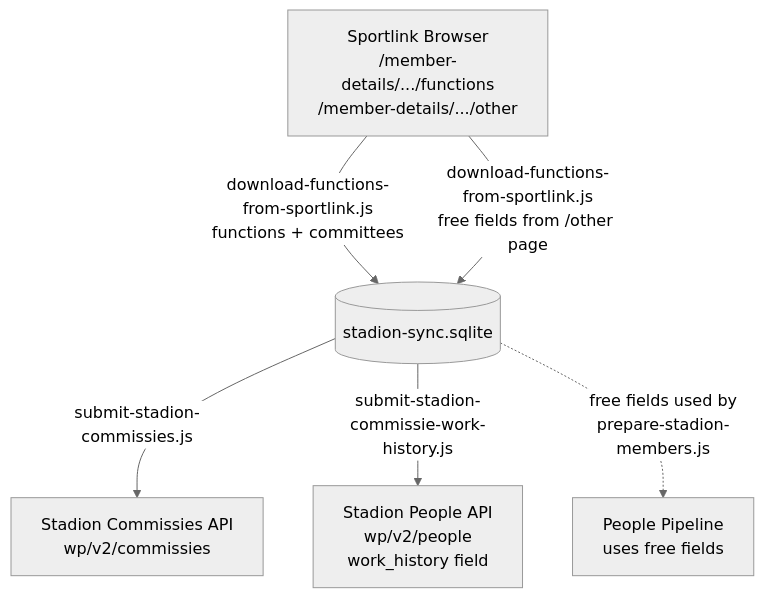
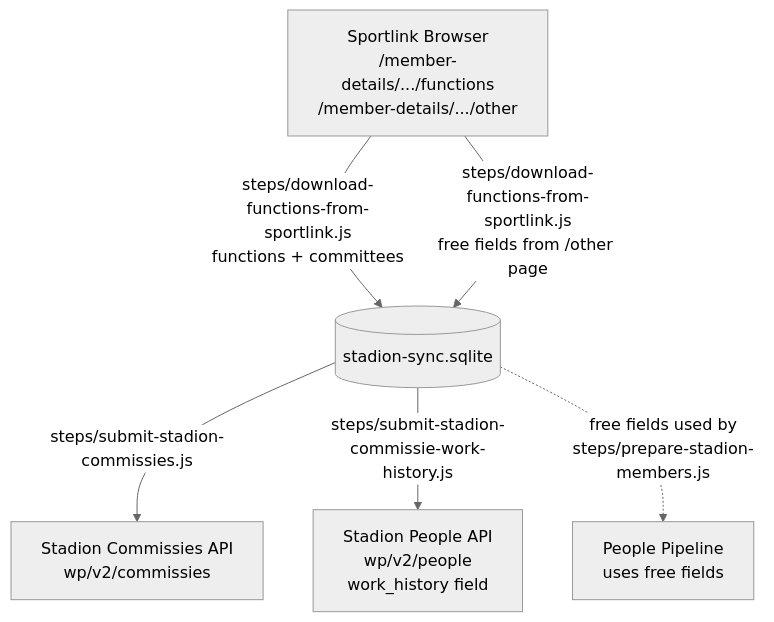
The fifth of 8 diagrams in docs/sync-architecture.md (jdevalk/sportlink-sync), drawn with Mermaid (neutral theme) before and after one commit. The commit also changed other lines of this file and 117 other files, not shown here.

````diff
--- a/docs/sync-architecture.md
+++ b/docs/sync-architecture.md
@@ -352,14 +352,14 @@
 ```mermaid
 graph TD
     SL[Sportlink Browser<br>/member-details/.../functions<br>/member-details/.../other]
     DB[(stadion-sync.sqlite)]
     ST_C[Stadion Commissies API<br>wp/v2/commissies]
     ST_P[Stadion People API<br>wp/v2/people<br>work_history field]
     PP[People Pipeline<br>uses free fields]
 
-    SL -->|download-functions-from-sportlink.js<br>functions + committees| DB
-    SL -->|download-functions-from-sportlink.js<br>free fields from /other page| DB
-    DB -->|submit-stadion-commissies.js| ST_C
-    DB -->|submit-stadion-commissie-work-history.js| ST_P
-    DB -.->|free fields used by<br>prepare-stadion-members.js| PP
+    SL -->|steps/download-functions-from-sportlink.js<br>functions + committees| DB
+    SL -->|steps/download-functions-from-sportlink.js<br>free fields from /other page| DB
+    DB -->|steps/submit-stadion-commissies.js| ST_C
+    DB -->|steps/submit-stadion-commissie-work-history.js| ST_P
+    DB -.->|free fields used by<br>steps/prepare-stadion-members.js| PP
 ```
````
